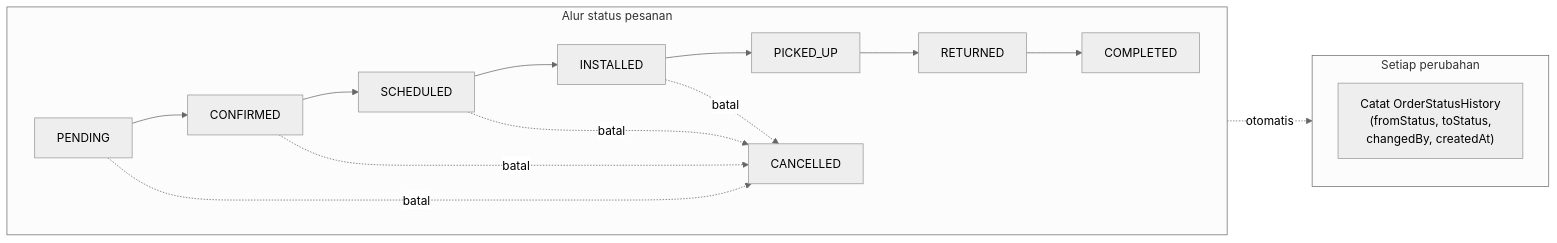
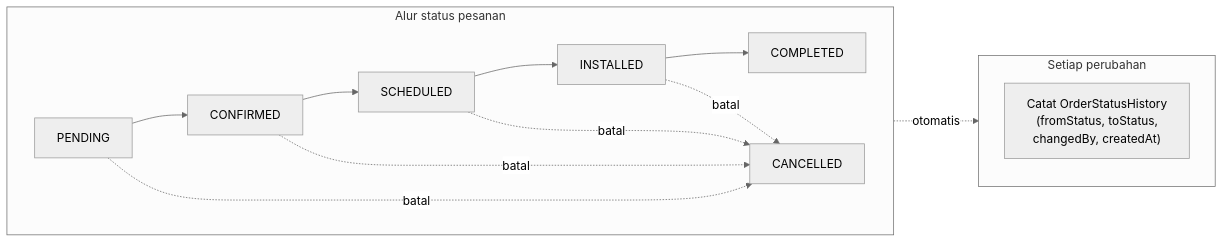
The third of 3 diagrams in docs/activity-papan-bunga-sewa.md (ferriyusra/daffa-florist), drawn with Mermaid (neutral theme) before and after one commit. The commit also changed other lines of this file and 10 other files, not shown here.

First line of the commit message:
refactor: sederhanakan siklus order — hapus PICKED_UP & RETURNED

````diff
--- a/docs/activity-papan-bunga-sewa.md
+++ b/docs/activity-papan-bunga-sewa.md
@@ -73,17 +67,17 @@
 ```mermaid
 flowchart LR
     subgraph Status["Alur status pesanan"]
         direction LR
-        P[PENDING] --> C[CONFIRMED] --> S[SCHEDULED] --> I[INSTALLED] --> PU[PICKED_UP] --> R[RETURNED] --> CO[COMPLETED]
+        P[PENDING] --> C[CONFIRMED] --> S[SCHEDULED] --> I[INSTALLED] --> CO[COMPLETED]
         P -. batal .-> X[CANCELLED]
         C -. batal .-> X
         S -. batal .-> X
         I -. batal .-> X
     end
 
     subgraph Audit["Setiap perubahan"]
         H["Catat OrderStatusHistory<br/>(fromStatus, toStatus,<br/>changedBy, createdAt)"]
     end
 
     Status -.otomatis.-> Audit
 ```
````
